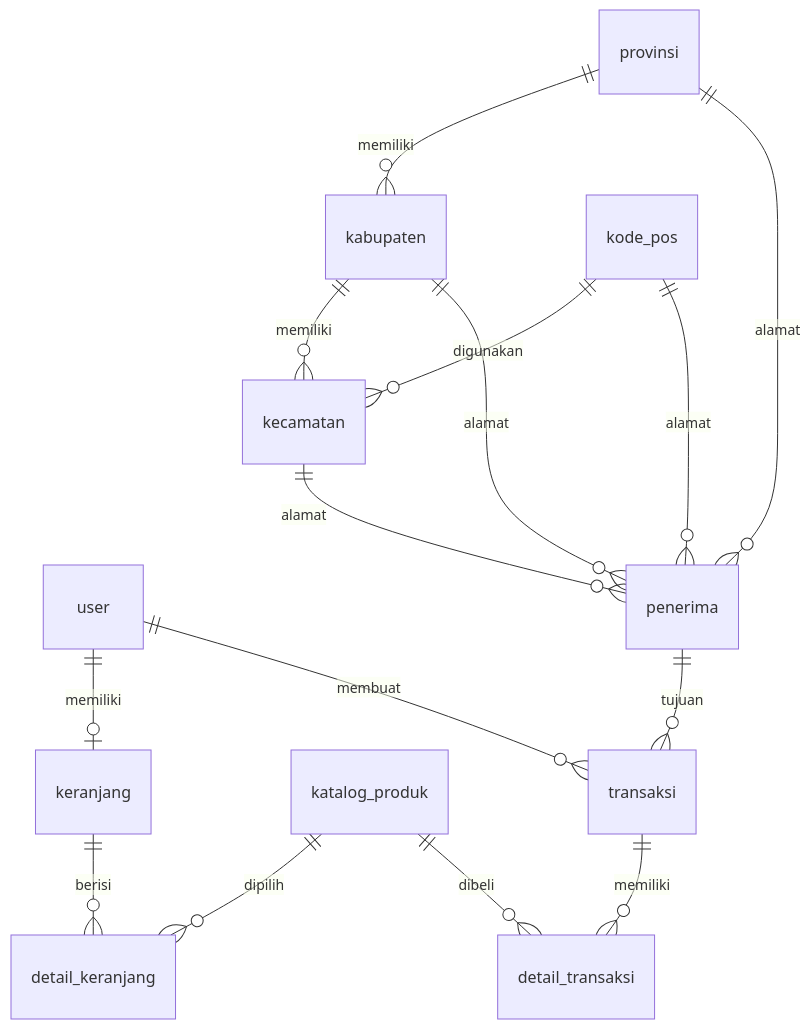
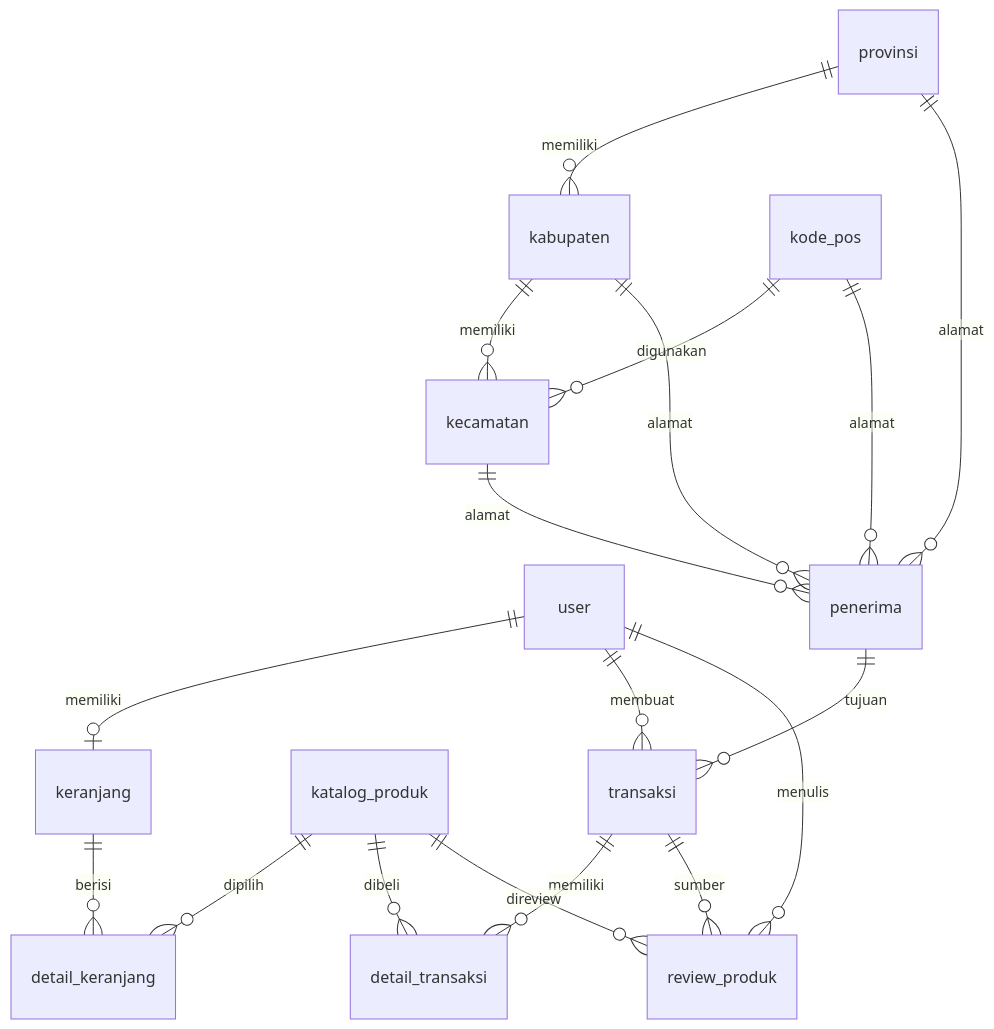
Before and after one commit to rehanarka/SnackFlow: the diagram in docs/Dokumentasi-Database-dan-Integrasi.md, drawn with Mermaid. The commit also changed other lines of this file and 37 other files, not shown here.

````diff
--- a/docs/Dokumentasi-Database-dan-Integrasi.md
+++ b/docs/Dokumentasi-Database-dan-Integrasi.md
@@ -277,17 +332,20 @@
 ```mermaid
 erDiagram
     user ||--o| keranjang : memiliki
     keranjang ||--o{ detail_keranjang : berisi
     katalog_produk ||--o{ detail_keranjang : dipilih
     user ||--o{ transaksi : membuat
     penerima ||--o{ transaksi : tujuan
     transaksi ||--o{ detail_transaksi : memiliki
     katalog_produk ||--o{ detail_transaksi : dibeli
+    user ||--o{ review_produk : menulis
+    transaksi ||--o{ review_produk : sumber
+    katalog_produk ||--o{ review_produk : direview
     provinsi ||--o{ kabupaten : memiliki
     kabupaten ||--o{ kecamatan : memiliki
     kode_pos ||--o{ kecamatan : digunakan
     provinsi ||--o{ penerima : alamat
     kabupaten ||--o{ penerima : alamat
     kecamatan ||--o{ penerima : alamat
     kode_pos ||--o{ penerima : alamat
 ```
````
